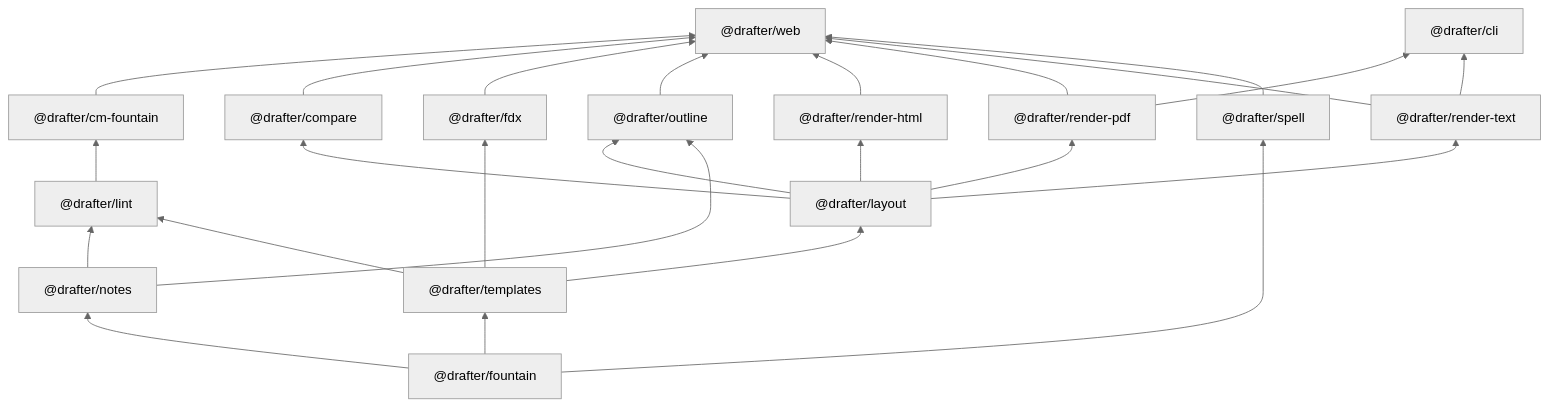
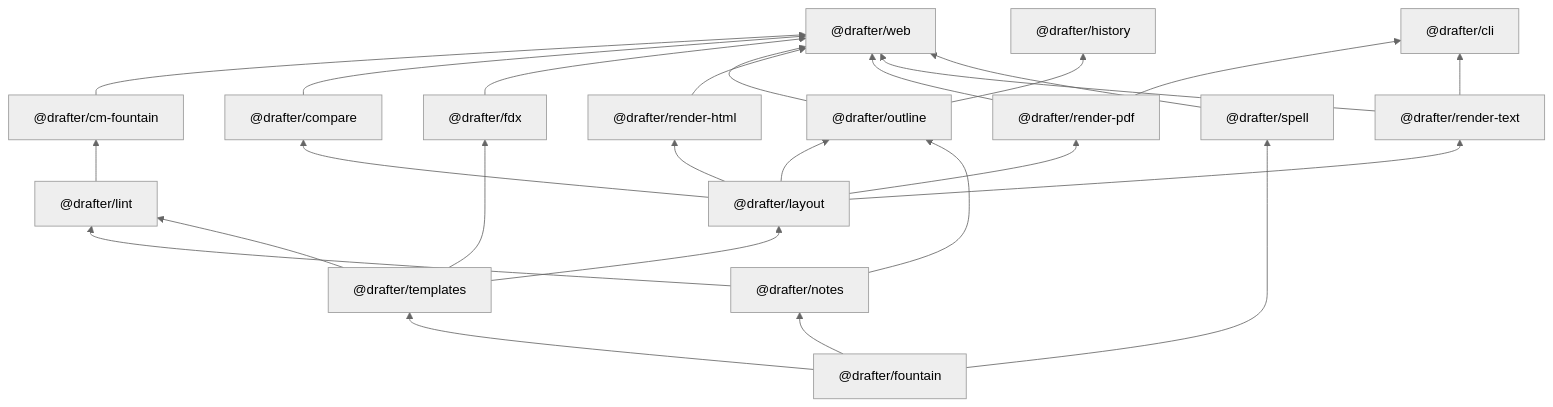
Before and after one commit to cschweda/drafter: the first of 5 diagrams in docs/technical-details.md, drawn with Mermaid (neutral theme). The commit also changed 32 other files, not shown here.

````diff
--- a/docs/technical-details.md
+++ b/docs/technical-details.md
@@ -36,42 +36,44 @@
 ```mermaid
 flowchart BT
   web["@drafter/web"]
   cli["@drafter/cli"]
   cm_fountain["@drafter/cm-fountain"]
   outline["@drafter/outline"]
   compare["@drafter/compare"]
+  history["@drafter/history"]
   render_pdf["@drafter/render-pdf"]
   render_html["@drafter/render-html"]
   render_text["@drafter/render-text"]
   layout["@drafter/layout"]
   lint["@drafter/lint"]
   fdx["@drafter/fdx"]
   templates["@drafter/templates"]
   notes["@drafter/notes"]
   spell["@drafter/spell"]
   fountain["@drafter/fountain"]
   cm_fountain --> web
   compare --> web
   fdx --> web
   outline --> web
   render_html --> web
   render_pdf --> web
   render_text --> web
   spell --> web
   render_pdf --> cli
   render_text --> cli
   lint --> cm_fountain
   layout --> outline
   notes --> outline
   layout --> compare
+  outline --> history
   layout --> render_pdf
   layout --> render_html
   layout --> render_text
   templates --> layout
   notes --> lint
   templates --> lint
   templates --> fdx
   fountain --> templates
   fountain --> notes
   fountain --> spell
 ```
````
